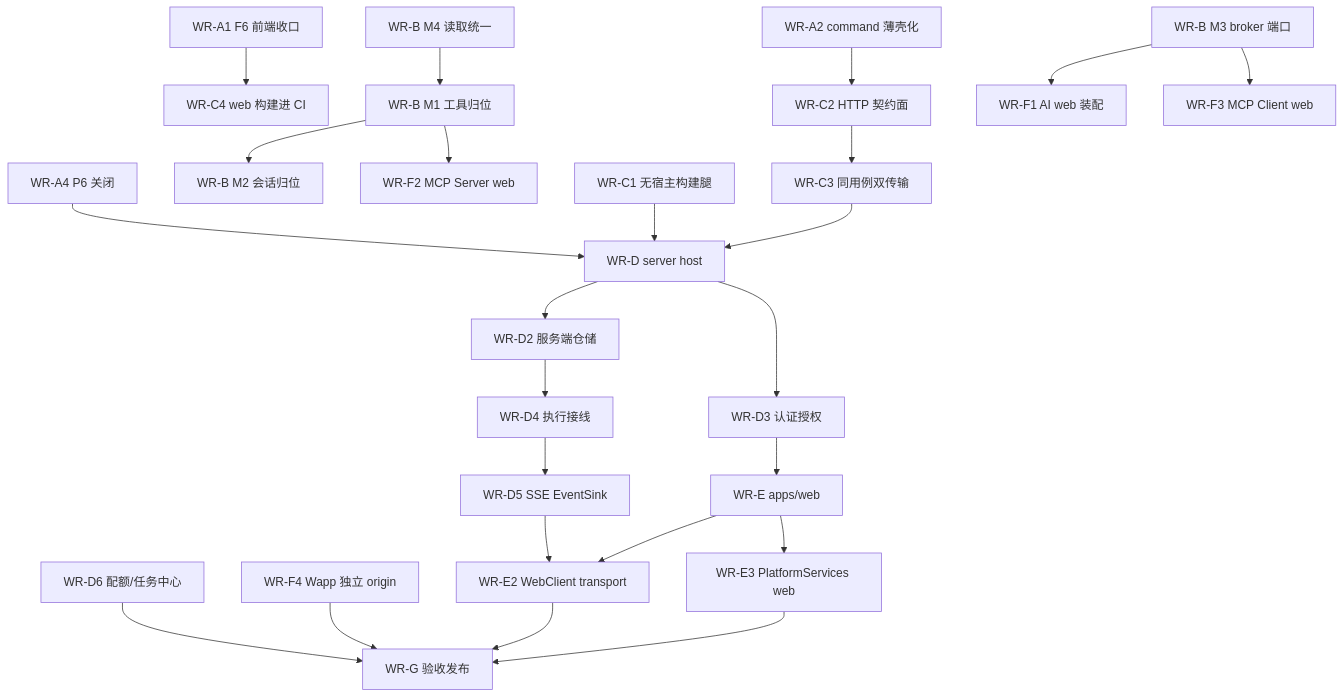
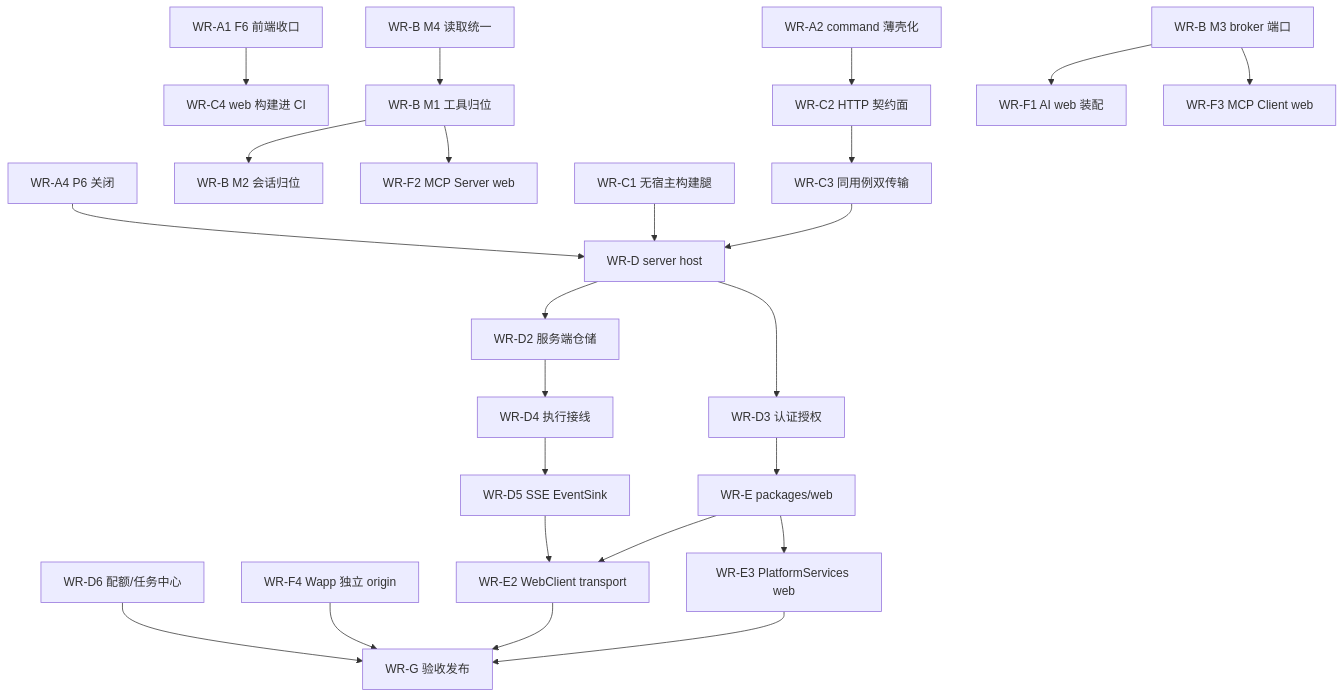
One commit to flyxl/datazen changed the diagram in docs/development/web-ready-plan.md. Above: the diagram before and after it, drawn with Mermaid. The commit also changed other lines of this file and 2629 other files, not shown here.

````diff
--- a/docs/development/web-ready-plan.md
+++ b/docs/development/web-ready-plan.md
@@ -37,23 +37,23 @@
 ```mermaid
 flowchart TD
     A1[WR-A1 F6 前端收口] --> C4[WR-C4 web 构建进 CI]
     A2[WR-A2 command 薄壳化] --> C2[WR-C2 HTTP 契约面]
     A4[WR-A4 P6 关闭] --> D1[WR-D server host]
     B1[WR-B M4 读取统一] --> B3[WR-B M1 工具归位]
     B2[WR-B M3 broker 端口] --> F1[WR-F1 AI web 装配]
     B3 --> B4[WR-B M2 会话归位]
     B3 --> F2[WR-F2 MCP Server web]
     B2 --> F3[WR-F3 MCP Client web]
     C1[WR-C1 无宿主构建腿] --> D1
     C2 --> C3[WR-C3 同用例双传输] --> D1
     D1 --> D2[WR-D2 服务端仓储] --> D4[WR-D4 执行接线]
     D1 --> D3[WR-D3 认证授权]
     D4 --> D5[WR-D5 SSE EventSink] --> E2
-    D3 --> E1[WR-E apps/web]
+    D3 --> E1[WR-E packages/web]
     E1 --> E2[WR-E2 WebClient transport]
     E1 --> E3[WR-E3 PlatformServices web]
     D6[WR-D6 配额/任务中心] --> G1
     F4[WR-F4 Wapp 独立 origin] --> G1[WR-G 验收发布]
     E2 --> G1
     E3 --> G1
 ```
````
